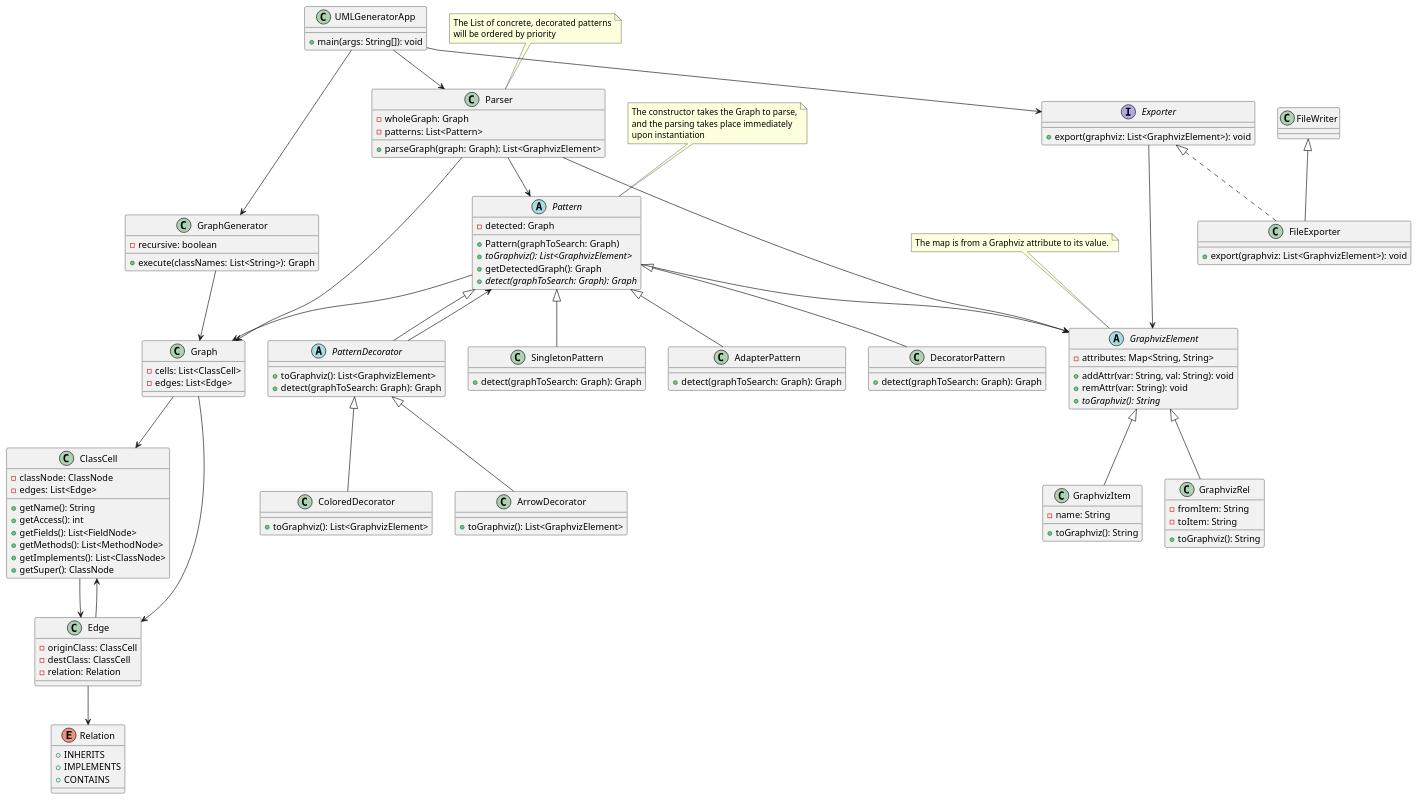
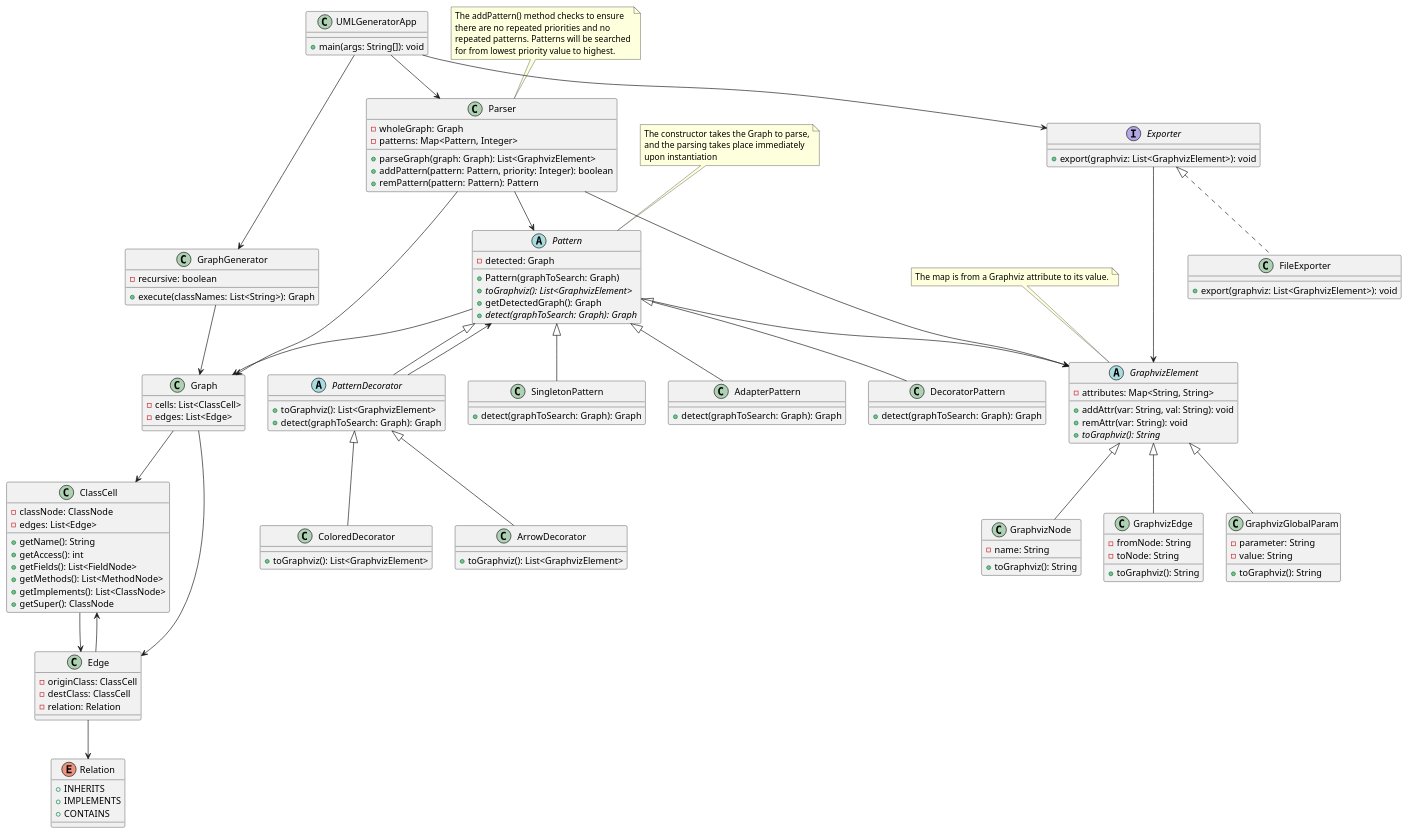
Before and after one commit to kgroble/uml-generator: the diagram in uml.puml, drawn with PlantUML. The commit also changed 1 other file, not shown here.

Commit message:
Fixed Pattern to allow modifications of its checked Pattern's.

```diff
--- a/uml.puml
+++ b/uml.puml
@@ -1,133 +1,143 @@
 @startuml
 class UMLGeneratorApp {
 + main(args: String[]): void
 }
 
 class GraphGenerator {
 - recursive: boolean
 + execute(classNames: List<String>): Graph
 }
 
 class ClassCell {
 - classNode: ClassNode
 - edges: List<Edge>
 
 + getName(): String
 + getAccess(): int
 + getFields(): List<FieldNode>
 + getMethods(): List<MethodNode>
 + getImplements(): List<ClassNode>
 + getSuper(): ClassNode
 }
 
 class Edge {
 - originClass: ClassCell
 - destClass: ClassCell
 - relation: Relation
 }
 
 class Parser {
 - wholeGraph: Graph
-- patterns: List<Pattern>
+- patterns: Map<Pattern, Integer>
 + parseGraph(graph: Graph): List<GraphvizElement>
++ addPattern(pattern: Pattern, priority: Integer): boolean
++ remPattern(pattern: Pattern): Pattern
 }
 note top of Parser
-  The List of concrete, decorated patterns
-  will be ordered by priority
+  The addPattern() method checks to ensure
+  there are no repeated priorities and no
+  repeated patterns. Patterns will be searched
+  for from lowest priority value to highest.
 end note
 
 class Graph {
 - cells: List<ClassCell>
 - edges: List<Edge>
 }
 
 abstract class Pattern {
 - detected: Graph
 + Pattern(graphToSearch: Graph)
 + {abstract} toGraphviz(): List<GraphvizElement>
 + getDetectedGraph(): Graph
 + {abstract} detect(graphToSearch: Graph): Graph
 }
 note top of Pattern
   The constructor takes the Graph to parse,
   and the parsing takes place immediately
   upon instantiation
 end note
 
 abstract class PatternDecorator extends Pattern {
 + toGraphviz(): List<GraphvizElement>
 + detect(graphToSearch: Graph): Graph
 }
 
 class ColoredDecorator extends PatternDecorator {
 + toGraphviz(): List<GraphvizElement>
 }
 
 class ArrowDecorator extends PatternDecorator {
 + toGraphviz(): List<GraphvizElement>
 }
 
 class SingletonPattern extends Pattern {
 + detect(graphToSearch: Graph): Graph
 }
 
 class AdapterPattern extends Pattern {
 + detect(graphToSearch: Graph): Graph
 }
 
 class DecoratorPattern extends Pattern {
 + detect(graphToSearch: Graph): Graph
 }
 
 enum Relation {
 + INHERITS
 + IMPLEMENTS
 + CONTAINS
 }
 
 abstract class GraphvizElement {
 - attributes: Map<String, String>
 + addAttr(var: String, val: String): void
 + remAttr(var: String): void
 + {abstract} toGraphviz(): String
 }
 note top of GraphvizElement
   The map is from a Graphviz attribute to its value.
 end note
 
-class GraphvizItem extends GraphvizElement {
+class GraphvizNode extends GraphvizElement {
 - name: String
 + toGraphviz(): String
 }
 
-class GraphvizRel extends GraphvizElement {
-- fromItem: String
-- toItem: String
+class GraphvizEdge extends GraphvizElement {
+- fromNode: String
+- toNode: String
++ toGraphviz(): String
+}
+
+class GraphvizGlobalParam extends GraphvizElement {
+- parameter: String
+- value: String
 + toGraphviz(): String
 }
 
 interface Exporter {
 + export(graphviz: List<GraphvizElement>): void
 }
 
-class FileExporter extends FileWriter implements Exporter {
+class FileExporter implements Exporter {
 + export(graphviz: List<GraphvizElement>): void
 }
 
 UMLGeneratorApp --> GraphGenerator
 UMLGeneratorApp --> Parser
 UMLGeneratorApp --> Exporter
 GraphGenerator --> Graph
 ClassCell --> Edge
 Edge --> ClassCell
 Edge --> Relation
 Parser --> Pattern
 Pattern --> Graph
 PatternDecorator --> Pattern
 Pattern --> GraphvizElement
 Graph --> ClassCell
 Graph --> Edge
 Parser --> Graph
 Parser --> GraphvizElement
 Exporter --> GraphvizElement
 @enduml
```
